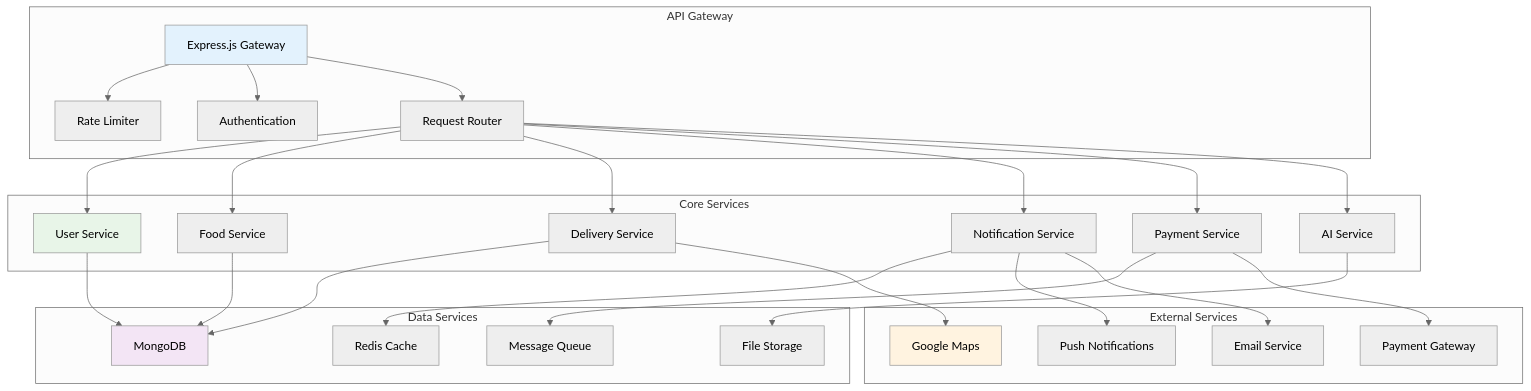
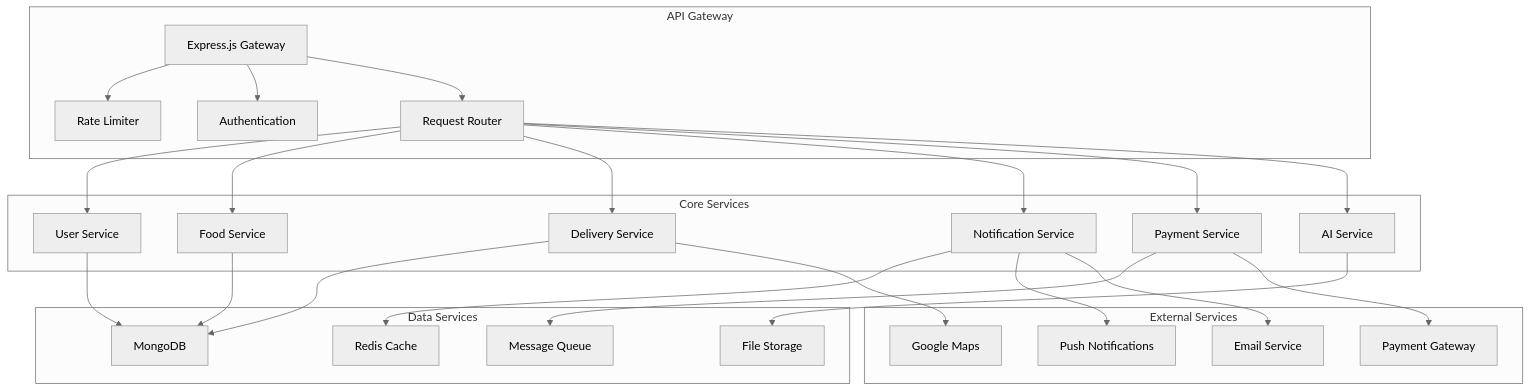
The seventh of 8 diagrams in README.md (vvinayakkk/VESIT), drawn with Mermaid (neutral theme) before and after one commit. The commit also changed other lines of this file, not shown here.

````diff
--- a/README.md
+++ b/README.md
@@ -441,60 +435,55 @@
 ```mermaid
 graph TB
     subgraph "API Gateway"
         A[Express.js Gateway]
         B[Rate Limiter]
         C[Authentication]
         D[Request Router]
     end
     
     subgraph "Core Services"
         E[User Service]
         F[Food Service]
         G[Delivery Service]
         H[Notification Service]
         I[Payment Service]
         J[AI Service]
     end
     
     subgraph "Data Services"
         K[MongoDB]
         L[Redis Cache]
         M[File Storage]
         N[Message Queue]
     end
     
     subgraph "External Services"
         O[Google Maps]
         P[Push Notifications]
         Q[Payment Gateway]
         R[Email Service]
     end
     
     A --> B
     A --> C
     A --> D
     
     D --> E
     D --> F
     D --> G
     D --> H
     D --> I
     D --> J
     
     E --> K
     F --> K
     G --> K
     H --> L
     I --> N
     J --> M
     
     G --> O
     H --> P
     I --> Q
     H --> R
-    
-    style A fill:#e3f2fd
-    style E fill:#e8f5e8
-    style K fill:#f3e5f5
-    style O fill:#fff3e0
 ```
````
